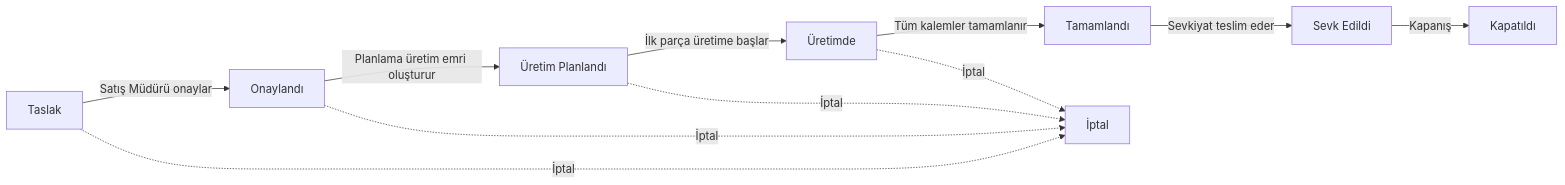
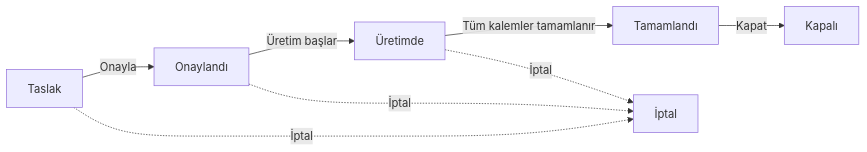
The second of 4 diagrams in SALES_ORDER_ARCHITECTURE.md (srknclk5555/glassOS), drawn with Mermaid before and after one commit. The commit also changed other lines of this file, not shown here.

````diff
--- a/SALES_ORDER_ARCHITECTURE.md
+++ b/SALES_ORDER_ARCHITECTURE.md
@@ -186,14 +186,11 @@
 ```mermaid
 flowchart LR
-    A[Taslak] -->|Satış Müdürü onaylar| B[Onaylandı]
-    B -->|Planlama üretim emri oluşturur| C[Üretim Planlandı]
-    C -->|İlk parça üretime başlar| D[Üretimde]
-    D -->|Tüm kalemler tamamlanır| E[Tamamlandı]
-    E -->|Sevkiyat teslim eder| F[Sevk Edildi]
-    F -->|Kapanış| G[Kapatıldı]
-    
+    A[Taslak] -->|Onayla| B[Onaylandı]
+    B -->|Üretim başlar| C[Üretimde]
+    C -->|Tüm kalemler tamamlanır| D[Tamamlandı]
+    D -->|Kapat| E[Kapalı]
+
     A -.->|İptal| X[İptal]
     B -.->|İptal| X
     C -.->|İptal| X
-    D -.->|İptal| X
 ```
````
